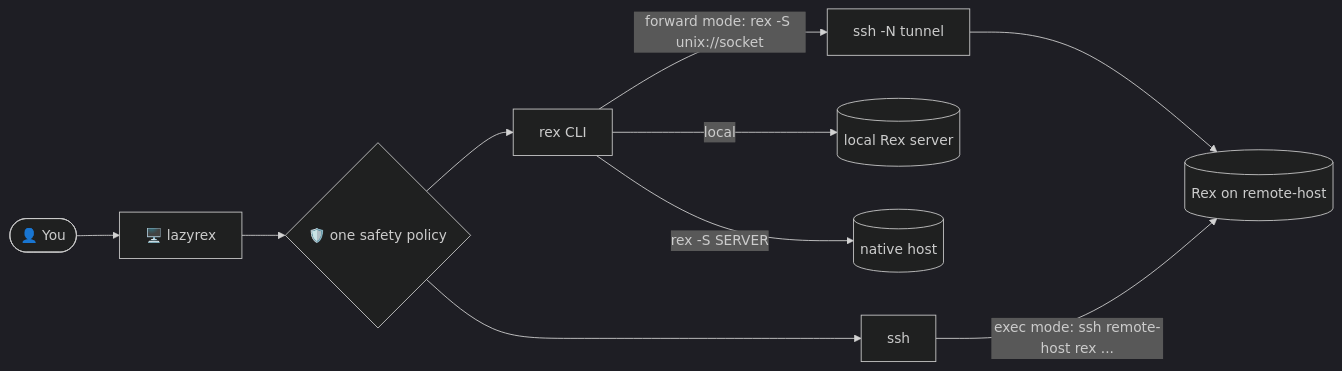
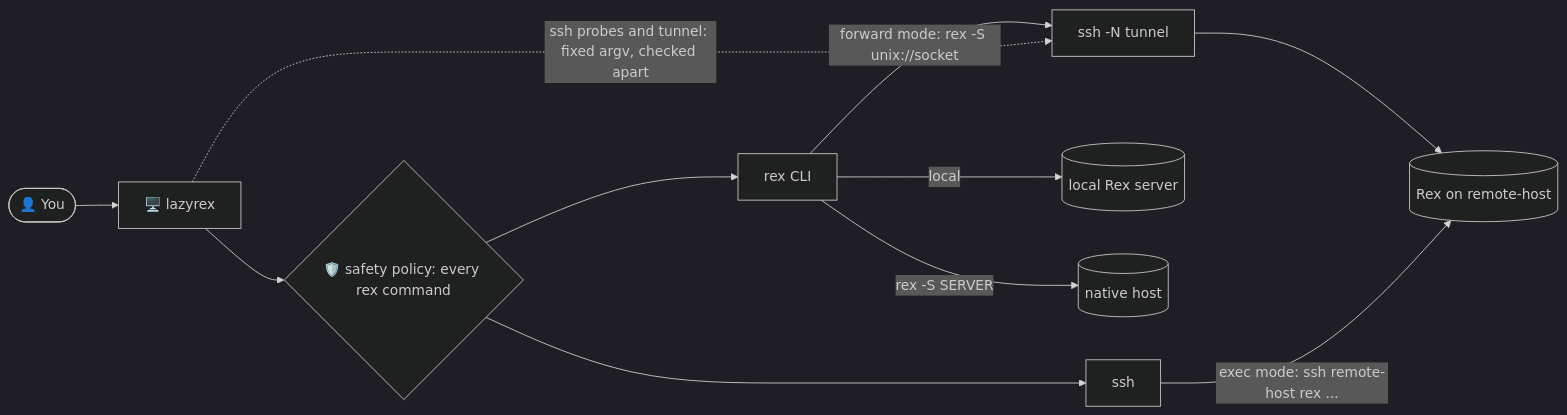
The diagram in README.md (rbobillot/lazyrex), drawn with Mermaid (dark theme) before and after one commit. The commit also changed other lines of this file and 5 other files, not shown here.

Commit message:
docs: scope the safety guarantees to rex commands and say what is redacted

````diff
--- a/README.md
+++ b/README.md
@@ -9,12 +9,13 @@
 ```mermaid
 flowchart LR
     you(["👤 You"]) --> lazyrex["🖥️ lazyrex"]
-    lazyrex --> policy{"🛡️ one safety policy"}
+    lazyrex --> policy{"🛡️ safety policy: every rex command"}
     policy --> cli["rex CLI"]
     policy --> sshexec["ssh"]
     cli -->|"local"| localsrv[("local Rex server")]
     cli -->|"rex -S SERVER"| native[("native host")]
     cli -->|"forward mode: rex -S unix://socket"| tunnel["ssh -N tunnel"]
     tunnel --> remote[("Rex on remote-host")]
     sshexec -->|"exec mode: ssh remote-host rex ..."| remote
+    lazyrex -.->|"ssh probes and tunnel: fixed argv, checked apart"| tunnel
 ```
````
